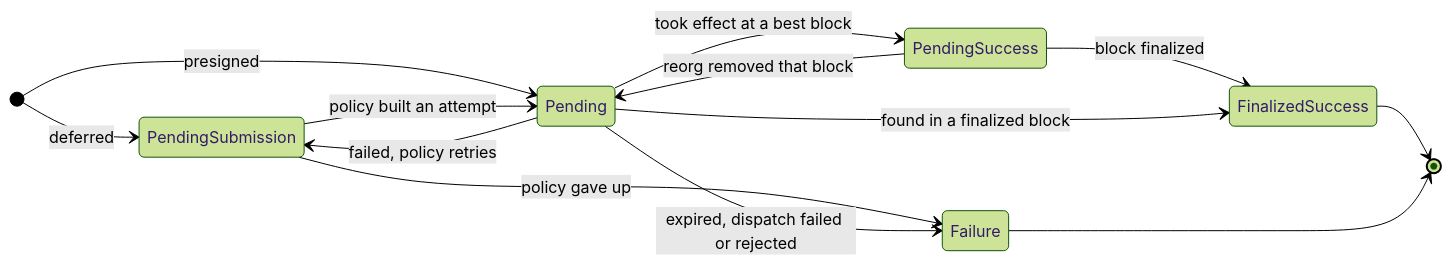
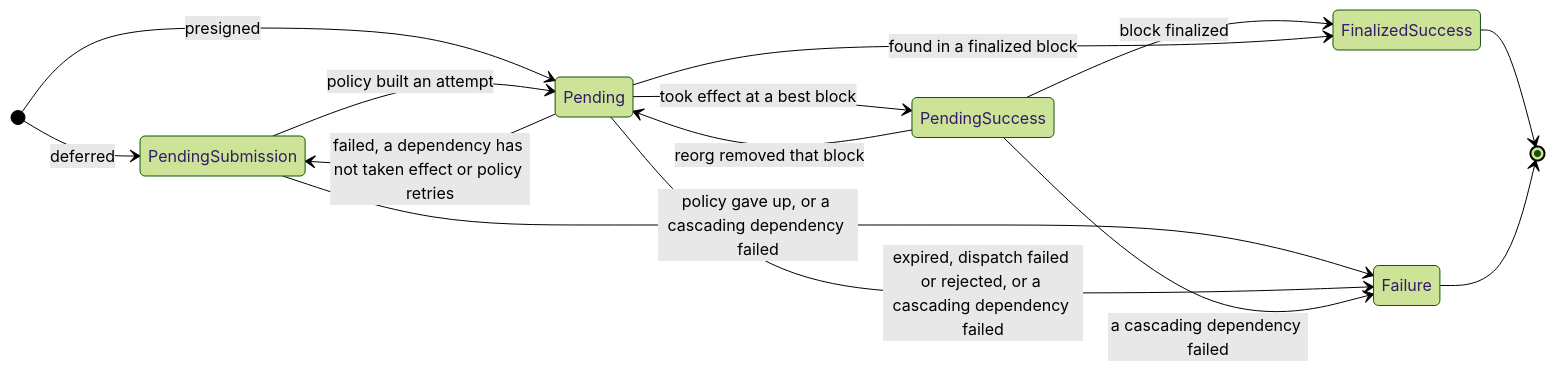
Before and after one commit to paritytech/trinity-user-agents: the diagram in docs/design/transaction-durability-engine.md, drawn with Mermaid (forest theme). The commit also changed other lines of this file and 33 other files, not shown here.

````diff
--- a/docs/design/transaction-durability-engine.md
+++ b/docs/design/transaction-durability-engine.md
@@ -79,16 +80,17 @@
 ```mermaid
 stateDiagram-v2
     direction LR
     [*] --> PendingSubmission: deferred
     [*] --> Pending: presigned
     PendingSubmission --> Pending: policy built an attempt
-    PendingSubmission --> Failure: policy gave up
+    PendingSubmission --> Failure: policy gave up, or a cascading dependency failed
     Pending --> PendingSuccess: took effect at a best block
     PendingSuccess --> Pending: reorg removed that block
     PendingSuccess --> FinalizedSuccess: block finalized
     Pending --> FinalizedSuccess: found in a finalized block
-    Pending --> PendingSubmission: failed, policy retries
-    Pending --> Failure: expired, dispatch failed or rejected
+    Pending --> PendingSubmission: failed, a dependency has not taken effect or policy retries
+    Pending --> Failure: expired, dispatch failed or rejected, or a cascading dependency failed
+    PendingSuccess --> Failure: a cascading dependency failed
     FinalizedSuccess --> [*]
     Failure --> [*]
 ```
````
